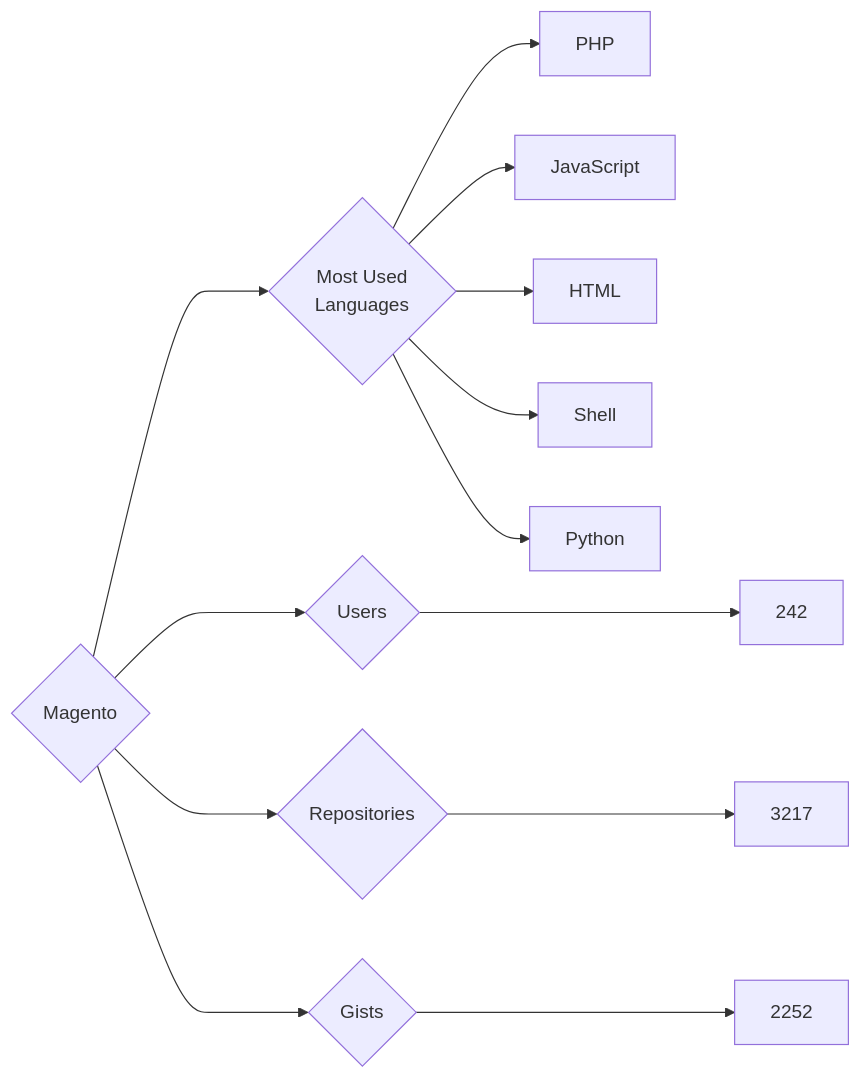
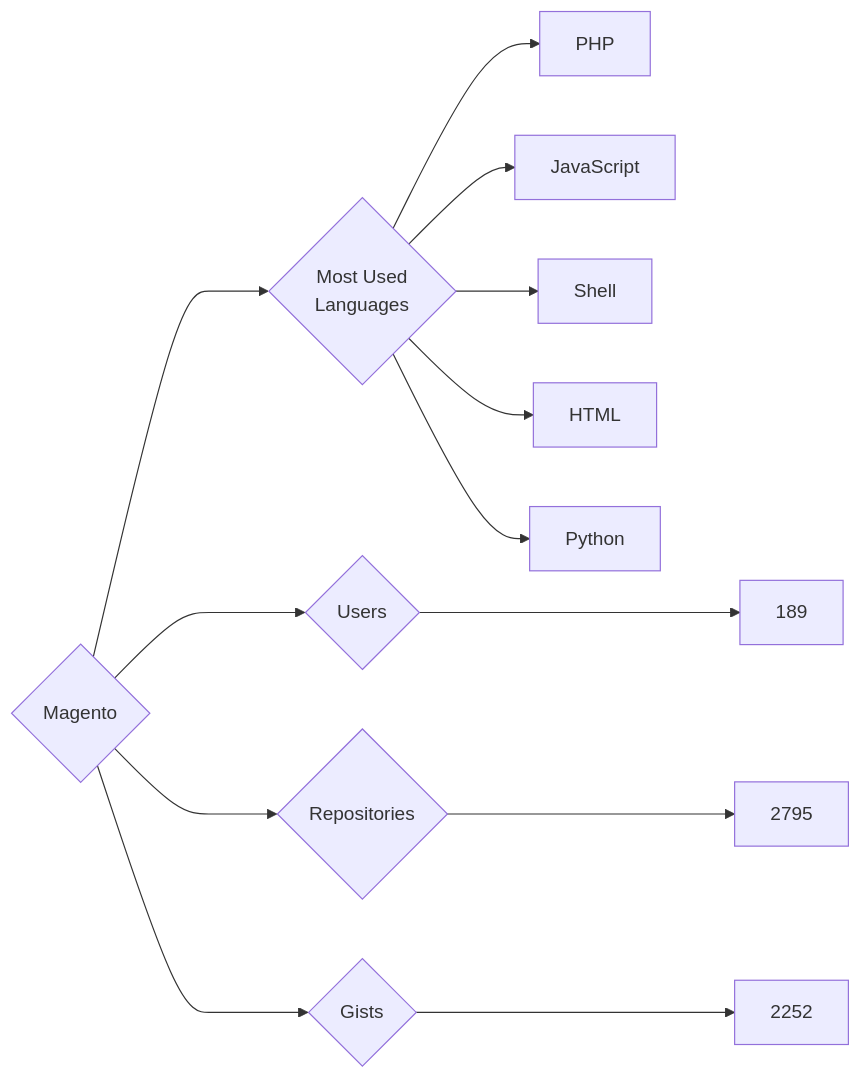
One commit to trickest/insiders changed the diagram in targets/Magento/README.md. Above: the diagram before and after it, drawn with Mermaid. The commit also changed 720 other files, not shown here.

````diff
--- a/targets/Magento/README.md
+++ b/targets/Magento/README.md
@@ -3,13 +3,13 @@
 ```mermaid
 graph LR
 COMPANY_NAME{Magento}
-COMPANY_NAME ---> U{Users} ---> UN[242]
-COMPANY_NAME ---> R{Repositories} ---> RN[3217]
+COMPANY_NAME ---> U{Users} ---> UN[189]
+COMPANY_NAME ---> R{Repositories} ---> RN[2795]
 COMPANY_NAME ---> G{Gists} ---> GN[2252]
 COMPANY_NAME ---> ML{Most Used<br>Languages}
 ML --> PHP[PHP]
 ML --> JavaScript[JavaScript]
+ML --> Shell[Shell]
 ML --> HTML[HTML]
-ML --> Shell[Shell]
 ML --> Python[Python]
 ```
````
